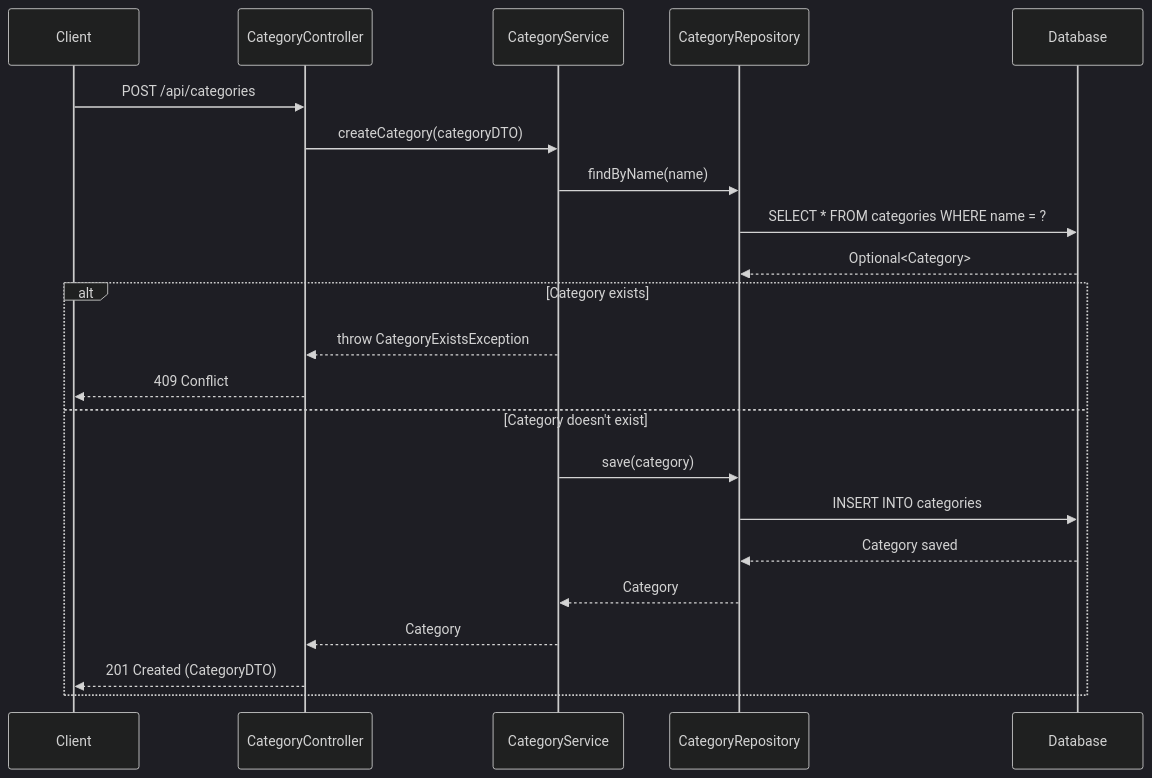
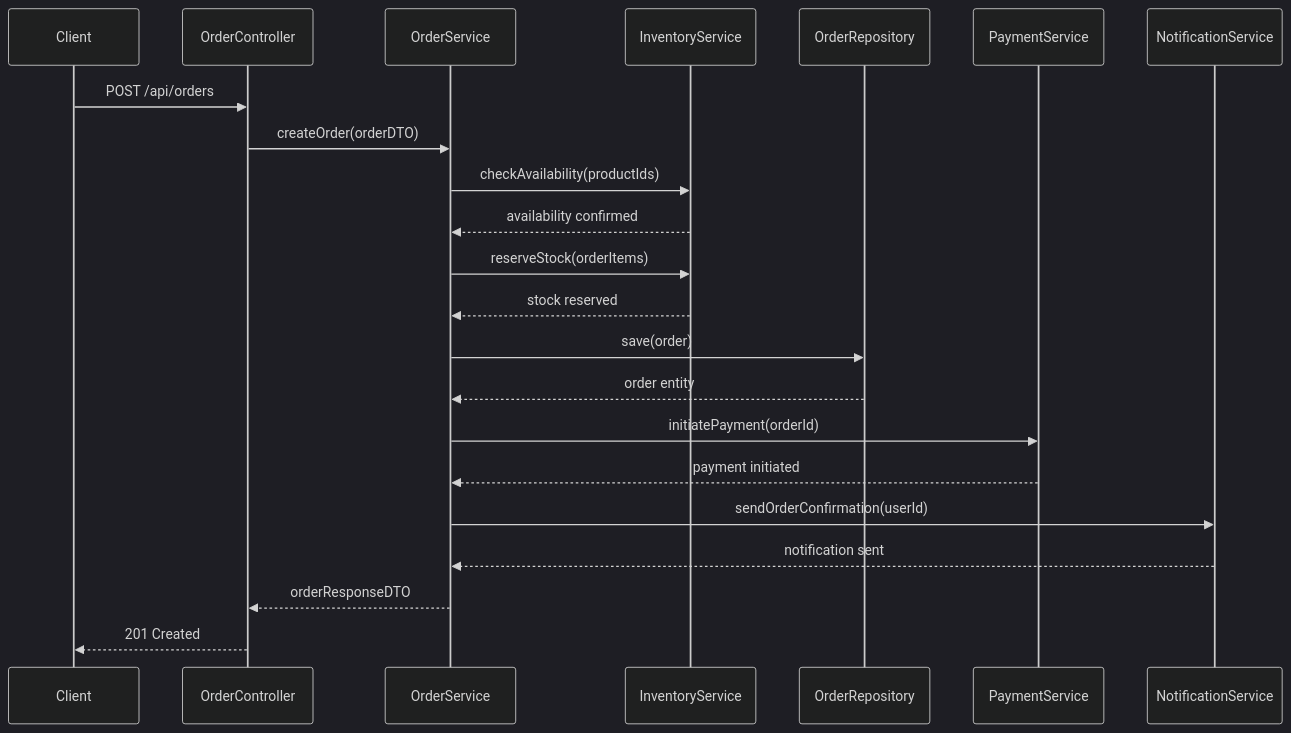
Before and after one commit to NavneetBN47/aava-ecom-demo: the seventh of 13 diagrams in docs/LLD/modified_lld.md, drawn with Mermaid (dark theme). The commit also changed other lines of this file, not shown here.

````diff
--- a/docs/LLD/modified_lld.md
+++ b/docs/LLD/modified_lld.md
@@ -430,26 +401,25 @@
 ```mermaid
 sequenceDiagram
     participant Client
-    participant CategoryController
-    participant CategoryService
-    participant CategoryRepository
-    participant Database
+    participant OrderController
+    participant OrderService
+    participant InventoryService
+    participant OrderRepository
+    participant PaymentService
+    participant NotificationService
 
-    Client->>CategoryController: POST /api/categories
-    CategoryController->>CategoryService: createCategory(categoryDTO)
-    CategoryService->>CategoryRepository: findByName(name)
-    CategoryRepository->>Database: SELECT * FROM categories WHERE name = ?
-    Database-->>CategoryRepository: Optional<Category>
-    
-    alt Category exists
-        CategoryService-->>CategoryController: throw CategoryExistsException
-        CategoryController-->>Client: 409 Conflict
-    else Category doesn't exist
-        CategoryService->>CategoryRepository: save(category)
-        CategoryRepository->>Database: INSERT INTO categories
-        Database-->>CategoryRepository: Category saved
-        CategoryRepository-->>CategoryService: Category
-        CategoryService-->>CategoryController: Category
-        CategoryController-->>Client: 201 Created (CategoryDTO)
-    end
+    Client->>OrderController: POST /api/orders
+    OrderController->>OrderService: createOrder(orderDTO)
+    OrderService->>InventoryService: checkAvailability(productIds)
+    InventoryService-->>OrderService: availability confirmed
+    OrderService->>InventoryService: reserveStock(orderItems)
+    InventoryService-->>OrderService: stock reserved
+    OrderService->>OrderRepository: save(order)
+    OrderRepository-->>OrderService: order entity
+    OrderService->>PaymentService: initiatePayment(orderId)
+    PaymentService-->>OrderService: payment initiated
+    OrderService->>NotificationService: sendOrderConfirmation(userId)
+    NotificationService-->>OrderService: notification sent
+    OrderService-->>OrderController: orderResponseDTO
+    OrderController-->>Client: 201 Created
 ```
````
